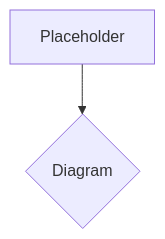
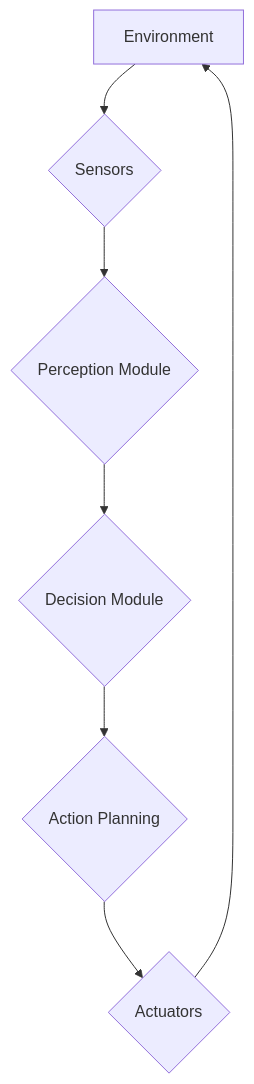
Before and after one commit to AbdulAhadAfridi/hackathon-book: the diagram in docs/behavior-integration/real-time-decision-systems.md, drawn with Mermaid. The commit also changed other lines of this file and 12 other files, not shown here.

````diff
--- a/docs/behavior-integration/real-time-decision-systems.md
+++ b/docs/behavior-integration/real-time-decision-systems.md
@@ -6,4 +6,9 @@
 ```mermaid
-  graph TD
-      A[Placeholder] --> B{Diagram};
+graph TD
+    A[Environment] --> B{Sensors};
+    B --> C{Perception Module};
+    C --> D{Decision Module};
+    D --> E{Action Planning};
+    E --> F{Actuators};
+    F --> A;
 ```
````
